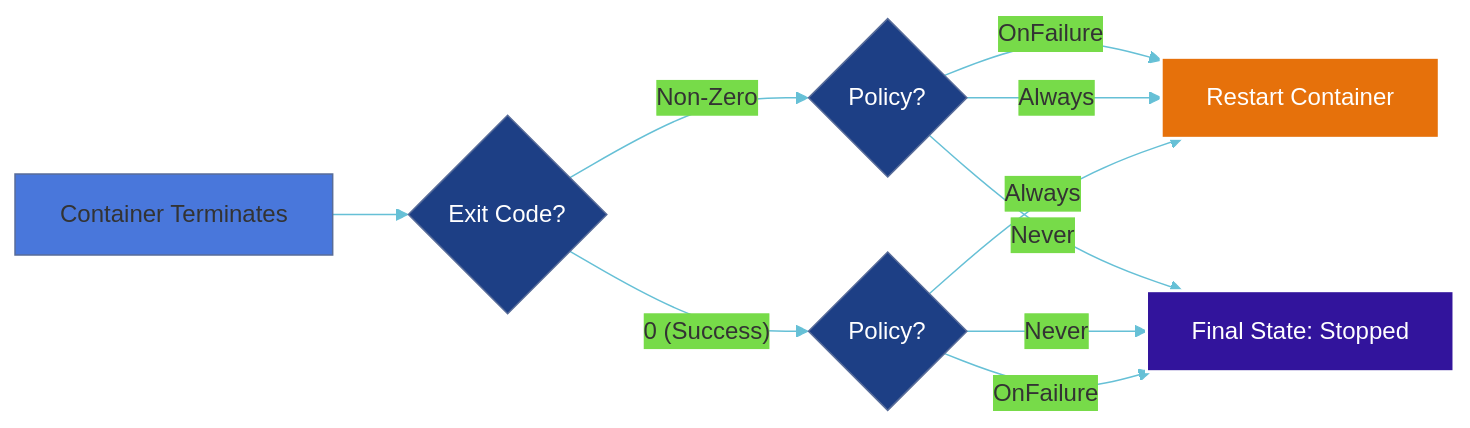
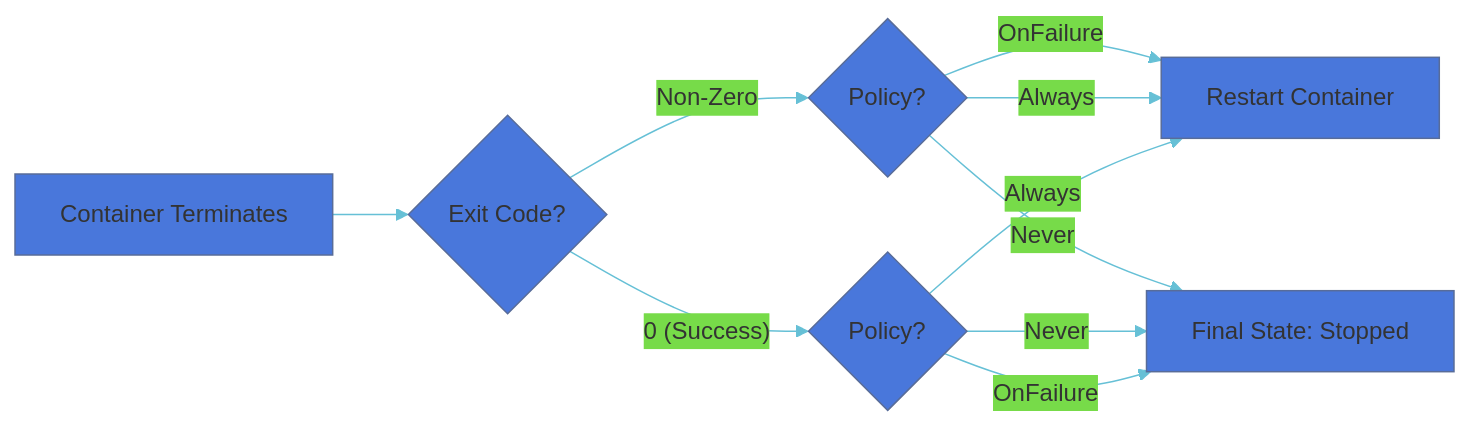
One commit to Aravind-devops-1/devops_ganesh changed the diagram in 02-pods-fundamentals/2.5_pod-restart-policy.md. Above: the diagram before and after it, drawn with Mermaid.

````diff
--- a/02-pods-fundamentals/2.5_pod-restart-policy.md
+++ b/02-pods-fundamentals/2.5_pod-restart-policy.md
@@ -25,26 +25,19 @@
 ```mermaid
 
 %%{init: {'theme': 'base', 'themeVariables': { 'curve': 'basis', 'primaryColor': '#4977dbff', 'lineColor': '#66c0d6ff' }}}%%
 graph LR
     %% Main Flow
     Start[Container Terminates] --> Exit{Exit Code?}
 
     %% Success Path
     Exit -- "0 (Success)" --> PolicyS{Policy?}
     PolicyS -- Always --> Restart[Restart Container]
     PolicyS -- OnFailure --> Stop[Final State: Stopped]
     PolicyS -- Never --> Stop
 
     %% Error Path
     Exit -- "Non-Zero" --> PolicyF{Policy?}
     PolicyF -- Always --> Restart
     PolicyF -- OnFailure --> Restart
     PolicyF -- Never --> Stop
-
-    %% Adaptive Styling for Light/Dark Mode
-    style Restart fill:#e6710b,stroke:#fff,stroke-width:2px,color:#fff
-    style Stop fill:#32149c,stroke:#fff,stroke-width:2px,color:#fff
-    style Exit fill:#1d3f85,color:#fff
-    style PolicyS fill:#1d3f85,color:#fff
-    style PolicyF fill:#1d3f85,color:#fff
 ```
````
